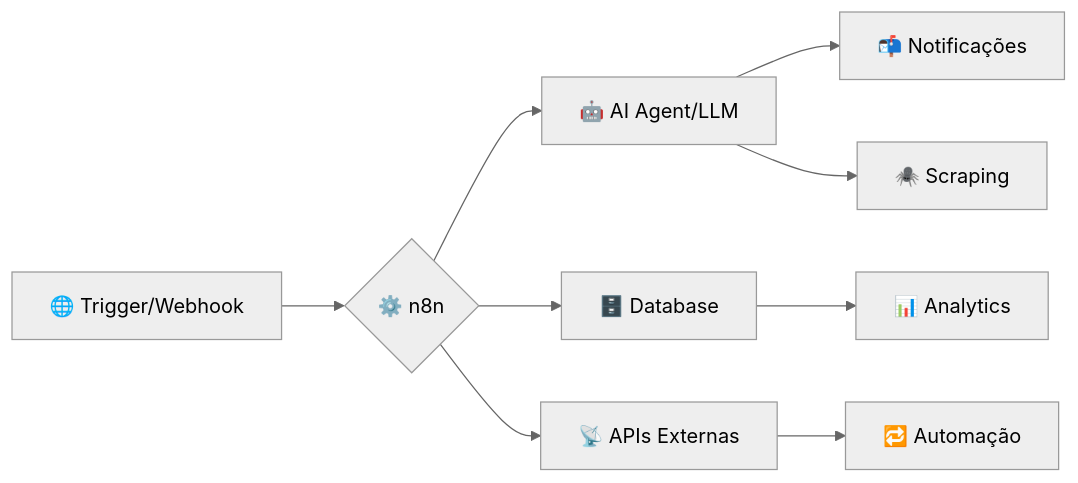
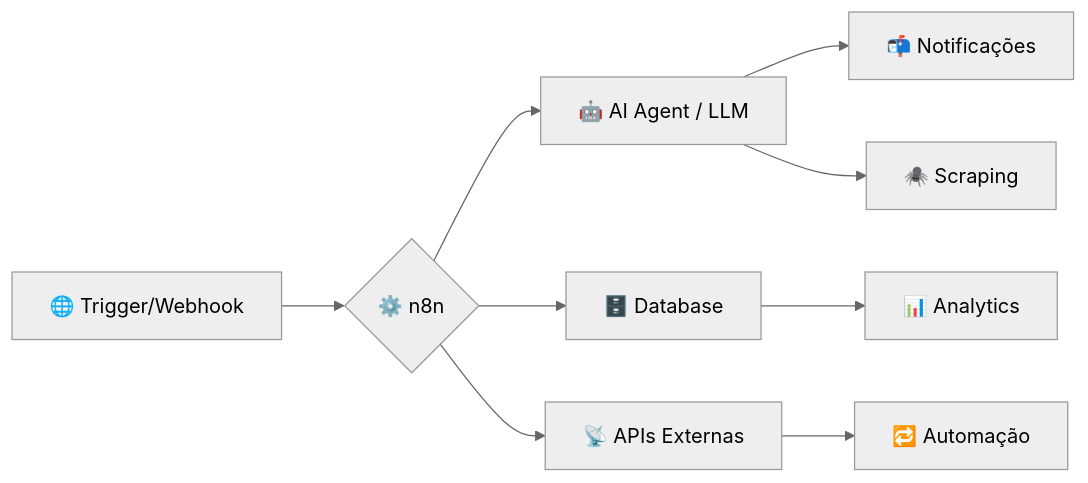
The diagram in README.md (infinitytec15/infinitytec15), drawn with Mermaid (neutral theme) before and after one commit. The commit also changed other lines of this file, not shown here.

````diff
--- a/README.md
+++ b/README.md
@@ -205,11 +250,11 @@
 ```mermaid
 graph LR
     A[🌐 Trigger/Webhook] --> B{⚙️ n8n}
-    B --> C[🤖 AI Agent/LLM]
+    B --> C[🤖 AI Agent / LLM]
     B --> D[🗄️ Database]
     B --> E[📡 APIs Externas]
     C --> F[📬 Notificações]
     C --> G[🕷️ Scraping]
     D --> H[📊 Analytics]
     E --> I[🔁 Automação]
 ```
````
